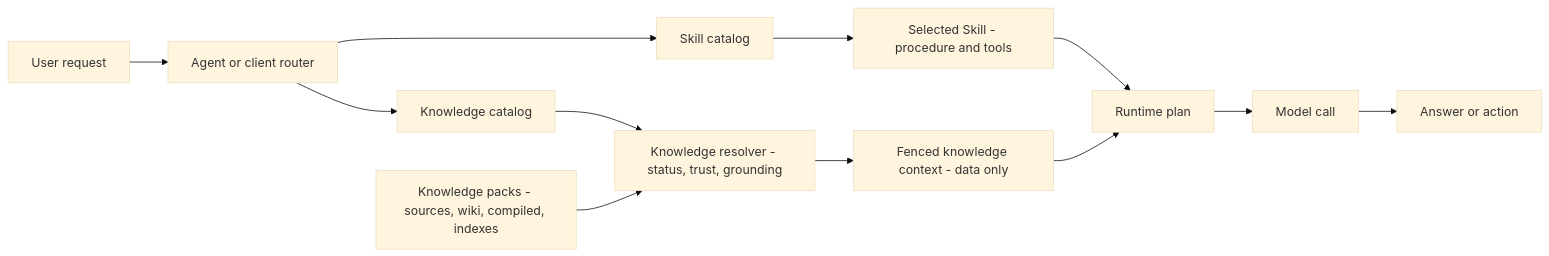
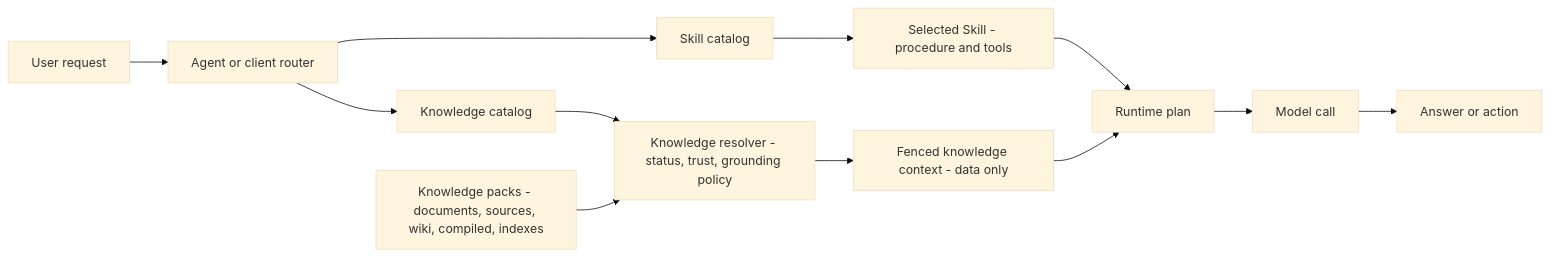
Before and after one commit to limecloud/agentknowledge: the third of 4 diagrams in docs/en/agent-knowledge-vs-skills.md, drawn with Mermaid (base theme). The commit also changed other lines of this file and 60 other files, not shown here.

````diff
--- a/docs/en/agent-knowledge-vs-skills.md
+++ b/docs/en/agent-knowledge-vs-skills.md
@@ -82,14 +106,14 @@
 ```mermaid
 flowchart LR
   UserRequest["User request"] --> Router["Agent or client router"]
   Router --> SkillCatalog["Skill catalog"]
   Router --> KnowledgeCatalog["Knowledge catalog"]
   SkillCatalog --> SelectedSkill["Selected Skill - procedure and tools"]
-  KnowledgeCatalog --> Resolver["Knowledge resolver - status, trust, grounding"]
-  KnowledgePacks["Knowledge packs - sources, wiki, compiled, indexes"] --> Resolver
+  KnowledgeCatalog --> Resolver["Knowledge resolver - status, trust, grounding policy"]
+  KnowledgePacks["Knowledge packs - documents, sources, wiki, compiled, indexes"] --> Resolver
   Resolver --> FencedContext["Fenced knowledge context - data only"]
   SelectedSkill --> RuntimePlan["Runtime plan"]
   FencedContext --> RuntimePlan
   RuntimePlan --> ModelCall["Model call"]
   ModelCall --> Result["Answer or action"]
 ```
````
